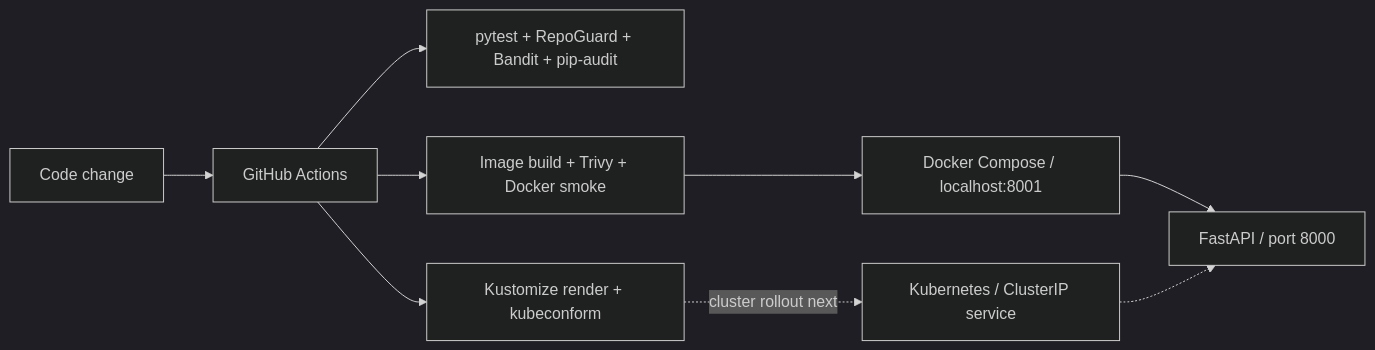
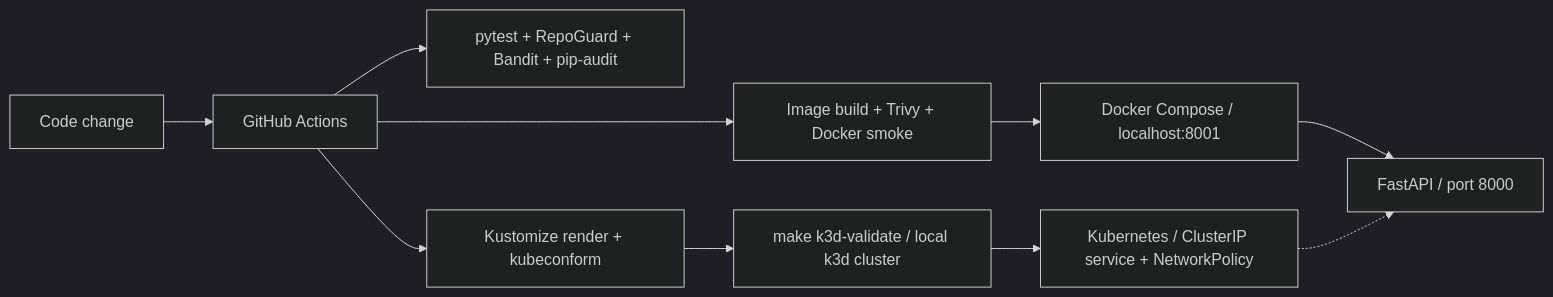
Before and after one commit to kev07hrndz-dot/platform-engineering-lab: the diagram in README.md, drawn with Mermaid (dark theme). The commit also changed other lines of this file and 4 other files, not shown here.

First line of the commit message:
feat(k8s): validate runtime controls on a local k3d cluster

````diff
--- a/README.md
+++ b/README.md
@@ -19,11 +20,12 @@
 ```mermaid
 flowchart LR
     Change[Code change] --> CI[GitHub Actions]
     CI --> Python[pytest + RepoGuard + Bandit + pip-audit]
     CI --> Container[Image build + Trivy + Docker smoke]
     CI --> Manifests[Kustomize render + kubeconform]
     Container --> Local[Docker Compose / localhost:8001]
     Local --> API[FastAPI / port 8000]
-    Manifests -. cluster rollout next .-> K8s[Kubernetes / ClusterIP service]
+    Manifests --> K3d[make k3d-validate / local k3d cluster]
+    K3d --> K8s[Kubernetes / ClusterIP service + NetworkPolicy]
     K8s -.-> API
 ```
````
